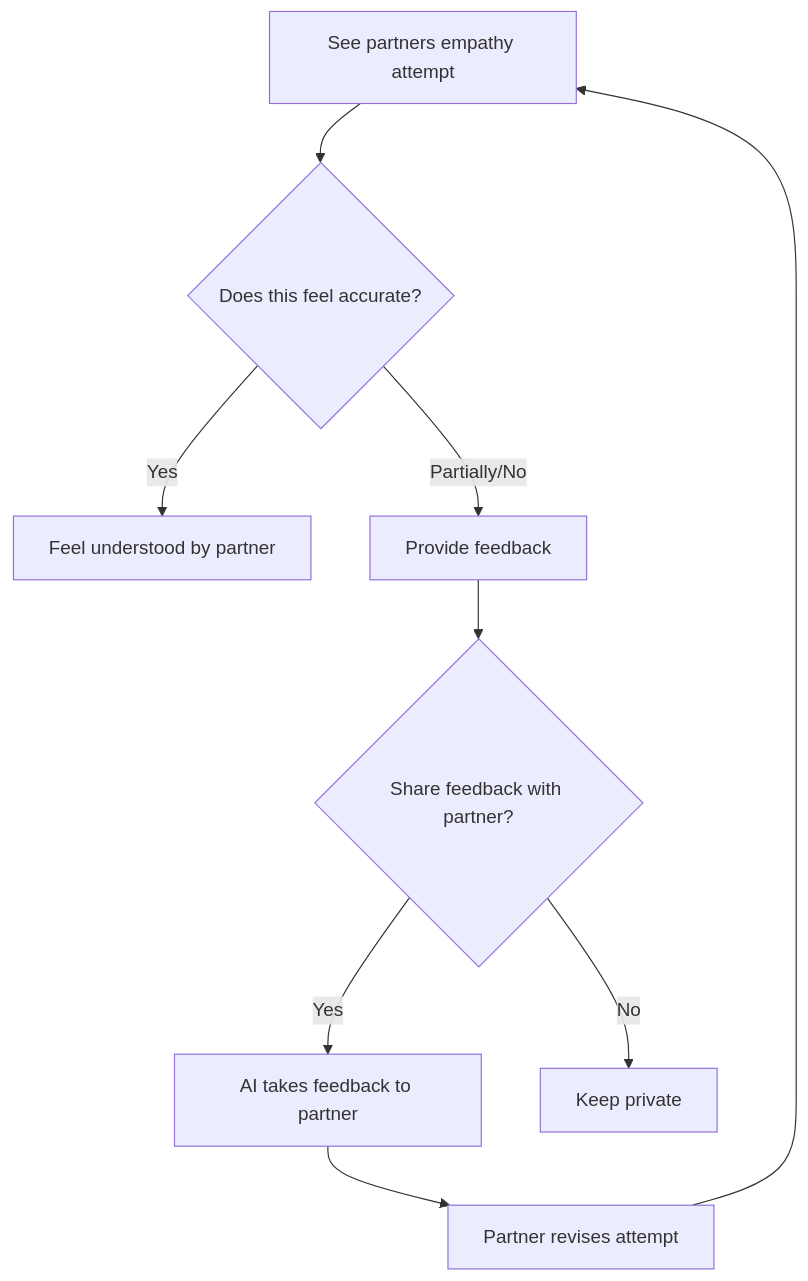
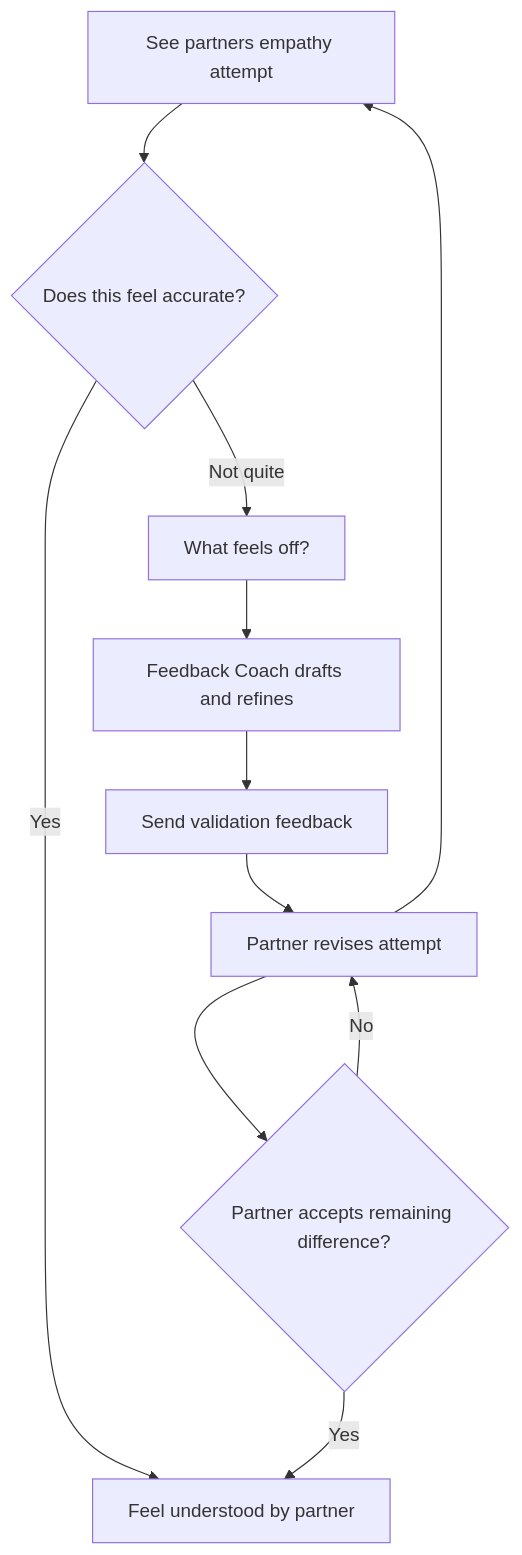
The fourth of 6 diagrams in docs/product/stages/stage-2-perspective-stretch.md (shantamg/meet-without-fear), drawn with Mermaid before and after one commit. The commit also changed other lines of this file and 17 other files, not shown here.

Commit message:
address feedback coach review and docs

````diff
--- a/docs/product/stages/stage-2-perspective-stretch.md
+++ b/docs/product/stages/stage-2-perspective-stretch.md
@@ -175,11 +178,13 @@
 ```mermaid
 flowchart TD
     Receive[See partners empathy attempt] --> Check{Does this feel accurate?}
     Check -->|Yes| Validated[Feel understood by partner]
-    Check -->|Partially/No| Feedback[Provide feedback]
-    Feedback --> Consent{Share feedback with partner?}
-    Consent -->|Yes| Send[AI takes feedback to partner]
-    Consent -->|No| Private[Keep private]
+    Check -->|Not quite| Rough[What feels off?]
+    Rough --> Coach[Feedback Coach drafts and refines]
+    Coach --> Send[Send validation feedback]
     Send --> Revise[Partner revises attempt]
+    Revise --> Accept{Partner accepts remaining difference?}
+    Accept -->|Yes| Validated
+    Accept -->|No| Revise
     Revise --> Receive
 ```
````
